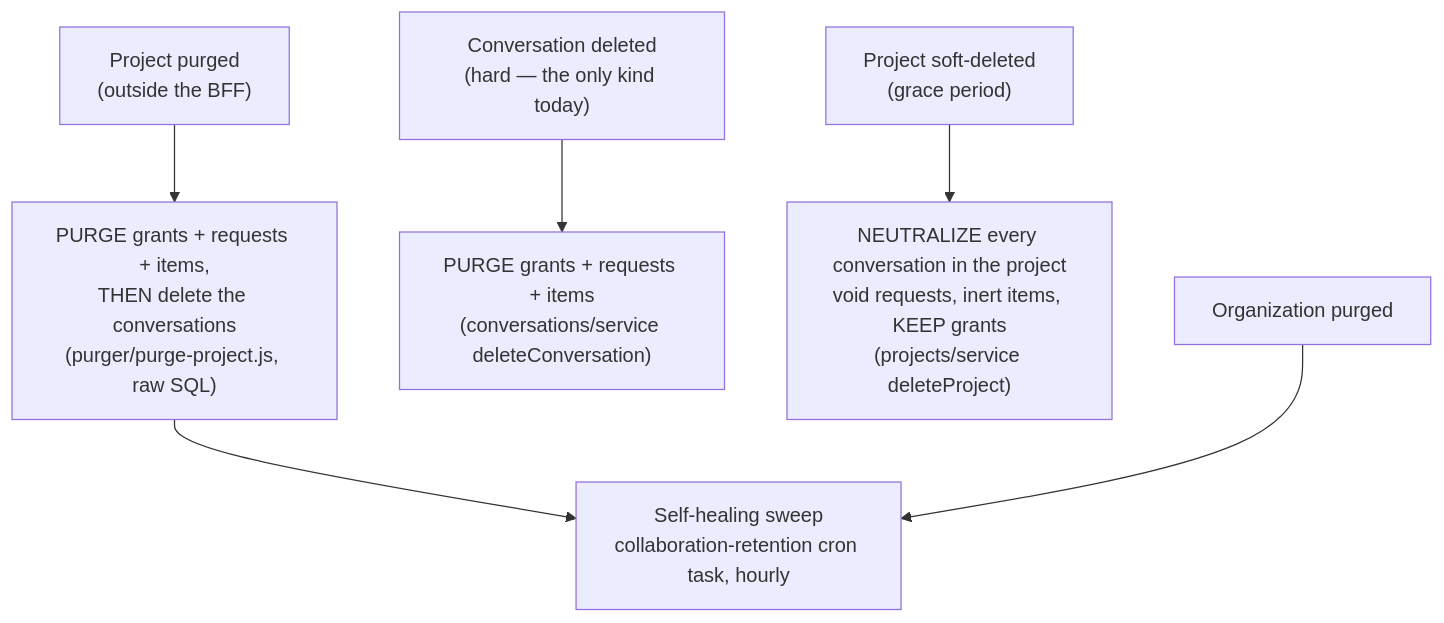
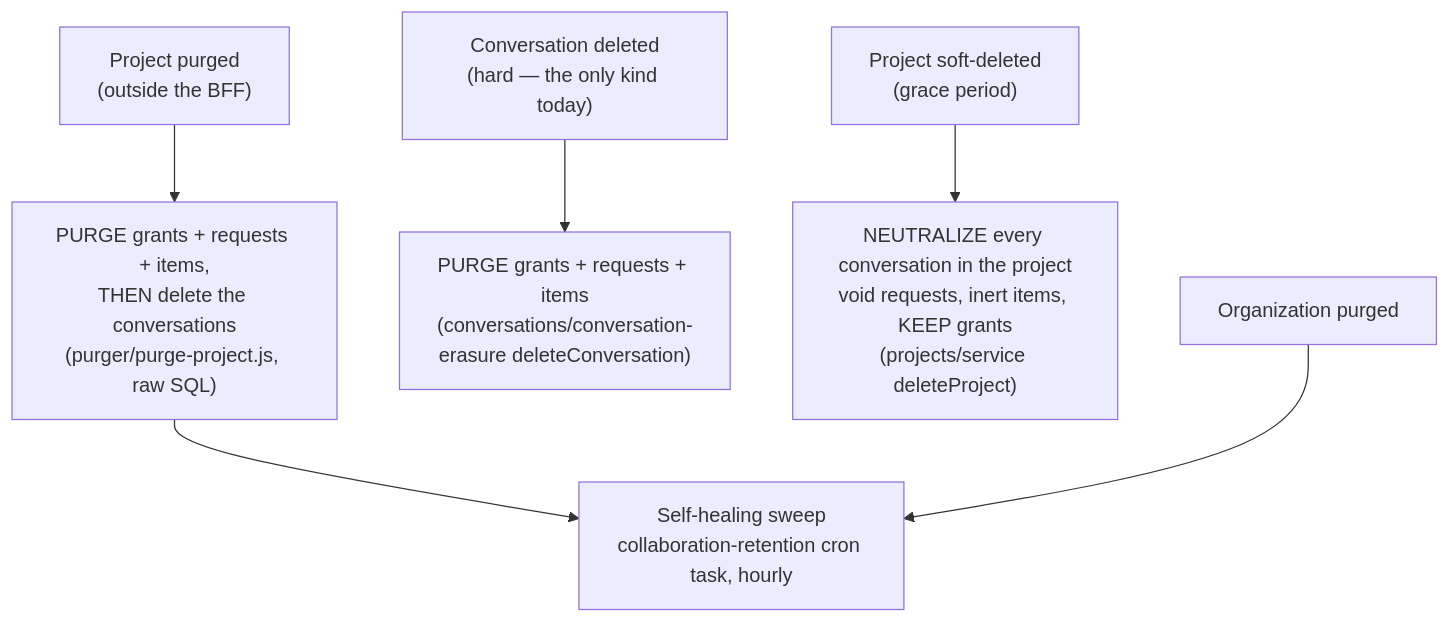
Before and after one commit to archos-at/archos: the diagram in docs/architecture/collaboration-lifecycle.md, drawn with Mermaid. The commit also changed other lines of this file and 8 other files, not shown here.

````diff
--- a/docs/architecture/collaboration-lifecycle.md
+++ b/docs/architecture/collaboration-lifecycle.md
@@ -50,14 +50,14 @@
 ```mermaid
 flowchart TD
     ConvDel["Conversation deleted<br/>(hard — the only kind today)"]
     ProjSoft["Project soft-deleted<br/>(grace period)"]
     ProjPurge["Project purged<br/>(outside the BFF)"]
     OrgPurge["Organization purged"]
 
-    ConvDel --> P1["PURGE grants + requests + items<br/>(conversations/service deleteConversation)"]
+    ConvDel --> P1["PURGE grants + requests + items<br/>(conversations/conversation-erasure deleteConversation)"]
     ProjSoft --> N1["NEUTRALIZE every conversation in the project<br/>void requests, inert items, KEEP grants<br/>(projects/service deleteProject)"]
     ProjPurge --> C1["PURGE grants + requests + items,<br/>THEN delete the conversations<br/>(purger/purge-project.js, raw SQL)"]
     C1 --> S1["anything missed -> reconciled by the sweep"]
     OrgPurge --> S1
     S1["Self-healing sweep<br/>collaboration-retention cron task, hourly"]
 ```
````
